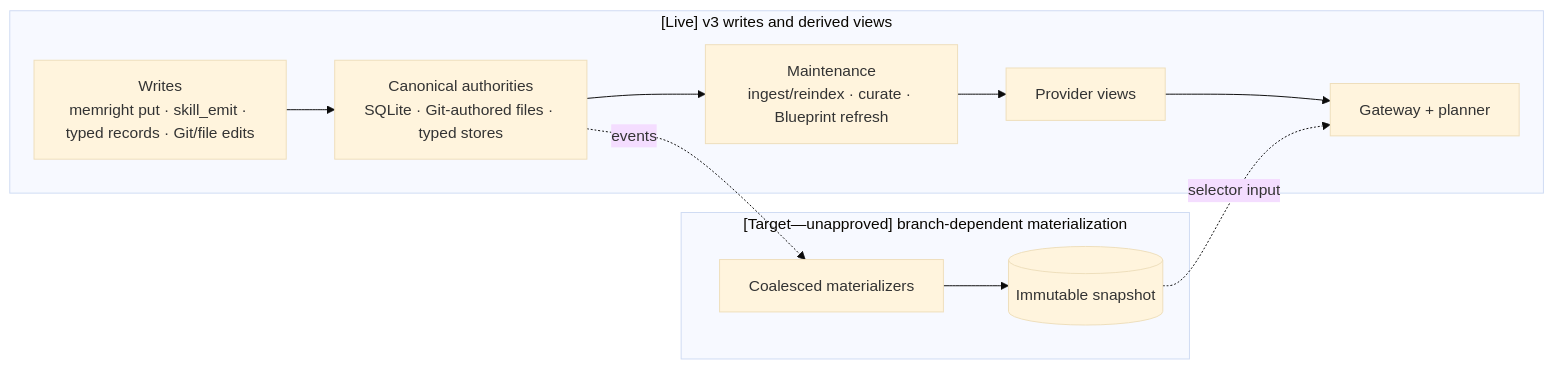
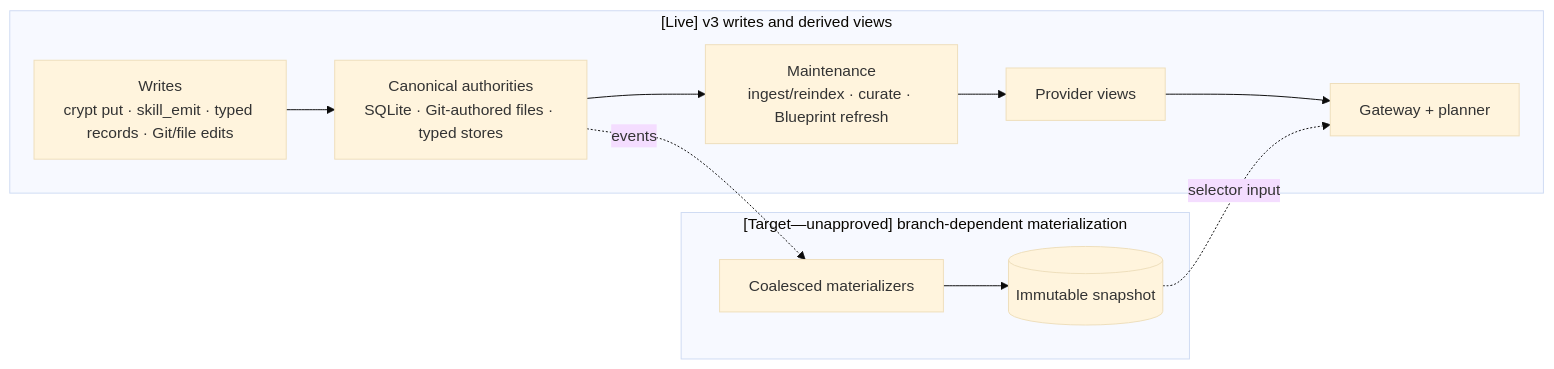
One commit to Orthic-Labs/Membrane changed the fifth of 7 diagrams in docs/CONTEXT-ENGINEERING-EVOLUTION.md. Above: the diagram before and after it, drawn with Mermaid (base theme). The commit also changed other lines of this file and 208 other files, not shown here.

````diff
--- a/docs/CONTEXT-ENGINEERING-EVOLUTION.md
+++ b/docs/CONTEXT-ENGINEERING-EVOLUTION.md
@@ -150,14 +150,14 @@
 ```mermaid
 flowchart LR
   subgraph live["[Live] v3 writes and derived views"]
-    W["Writes<br/>memright put · skill_emit · typed records · Git/file edits"] --> A["Canonical authorities<br/>SQLite · Git-authored files · typed stores"]
+    W["Writes<br/>crypt put · skill_emit · typed records · Git/file edits"] --> A["Canonical authorities<br/>SQLite · Git-authored files · typed stores"]
     A --> M["Maintenance<br/>ingest/reindex · curate · Blueprint refresh"]
     M --> V[Provider views]
     V --> P[Gateway + planner]
   end
   subgraph target["[Target—unapproved] branch-dependent materialization"]
     A -. events .-> E[Coalesced materializers]
     E --> S[(Immutable snapshot)]
     S -. selector input .-> P
   end
 ```
````
